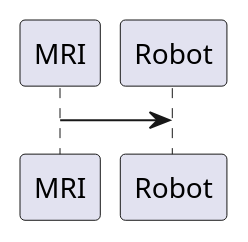
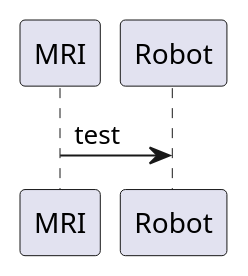
Before and after one commit to maribernardes/SystemIntegration: the diagram in README.md, drawn with PlantUML.

```diff
--- a/README.md
+++ b/README.md
@@ -5,3 +5,3 @@
 @startuml
-MRI -> Robot
+MRI -> Robot : test
 @enduml
```
